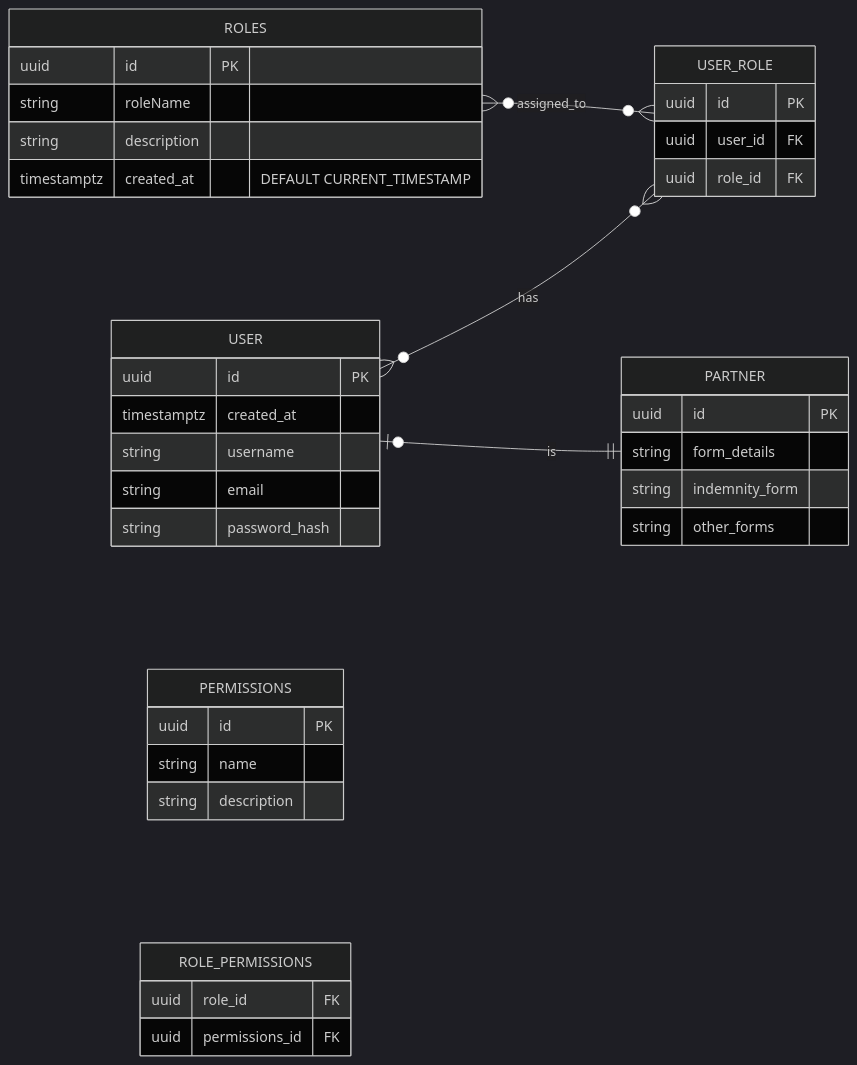
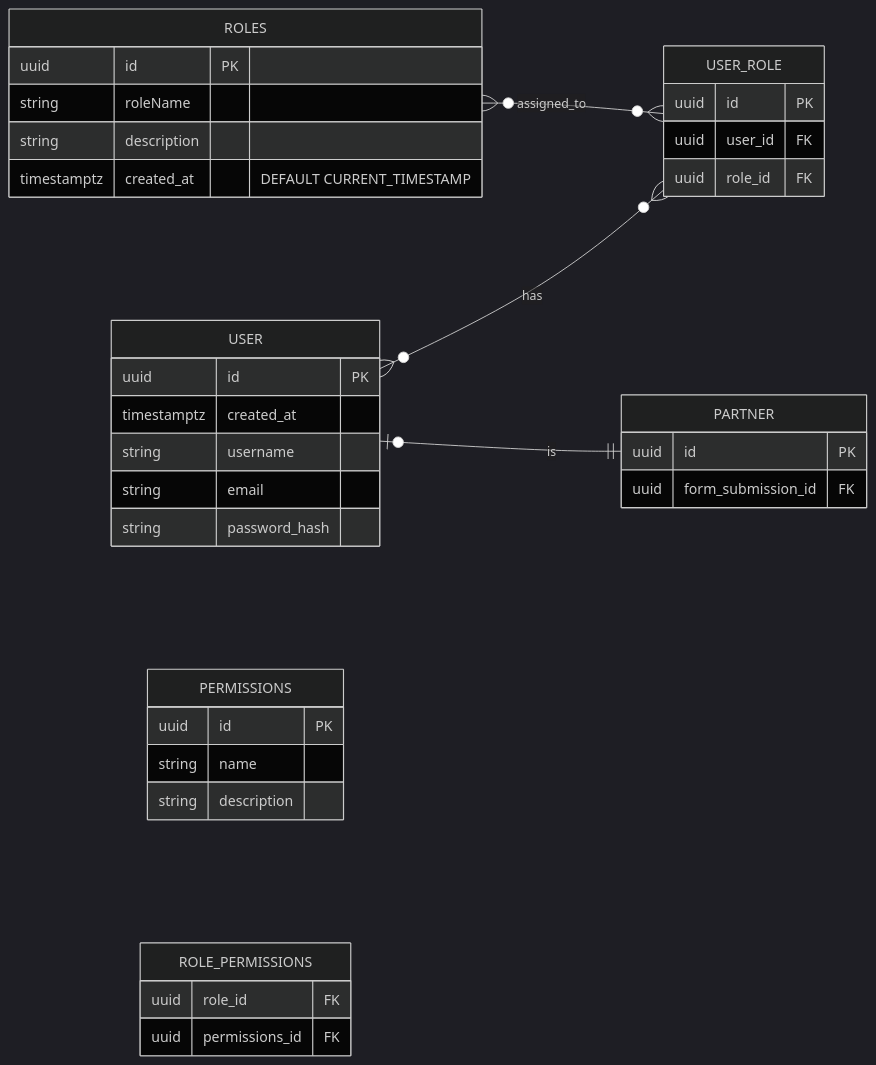
Before and after one commit to SiloamXperience-DG-AY2526/backend: the diagram in docs/db-schema/partner-ms-schema.md, drawn with Mermaid (dark theme). The commit also changed 10 other files, not shown here.

````diff
--- a/docs/db-schema/partner-ms-schema.md
+++ b/docs/db-schema/partner-ms-schema.md
@@ -9,43 +9,41 @@
 ```mermaid
 erDiagram
     direction LR
     USER }o--o{ USER_ROLE : has
     ROLES }o--o{ USER_ROLE : assigned_to
     PERMISSIONS
     USER |o--|| PARTNER : is
 
     USER {
         uuid id PK
         timestamptz created_at
         string username
         string email
         string password_hash
     }
     ROLES {
         uuid id PK
         string roleName
         string description
         timestamptz created_at "DEFAULT CURRENT_TIMESTAMP"
     }
     USER_ROLE {
         uuid id PK
         uuid user_id FK
         uuid role_id FK
     }
     PERMISSIONS {
         uuid id PK
         string name
         string description
     }
     ROLE_PERMISSIONS {
         uuid role_id FK
         uuid permissions_id FK
     }
 
     PARTNER {
         uuid id PK
-        string form_details
-        string indemnity_form
-        string other_forms
+        uuid form_submission_id FK
     }
 ```
````
